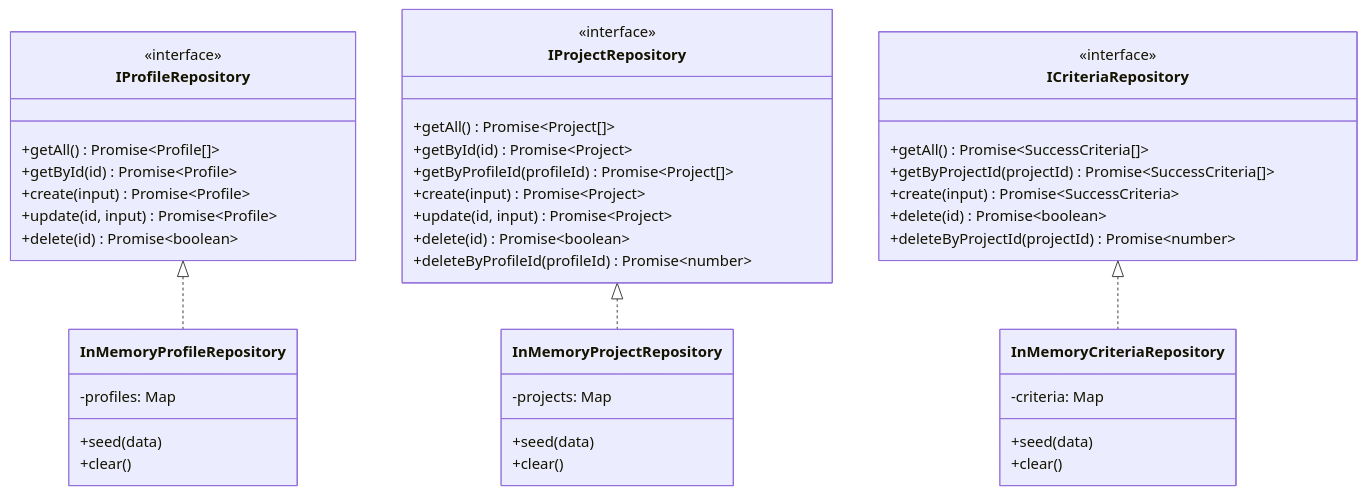
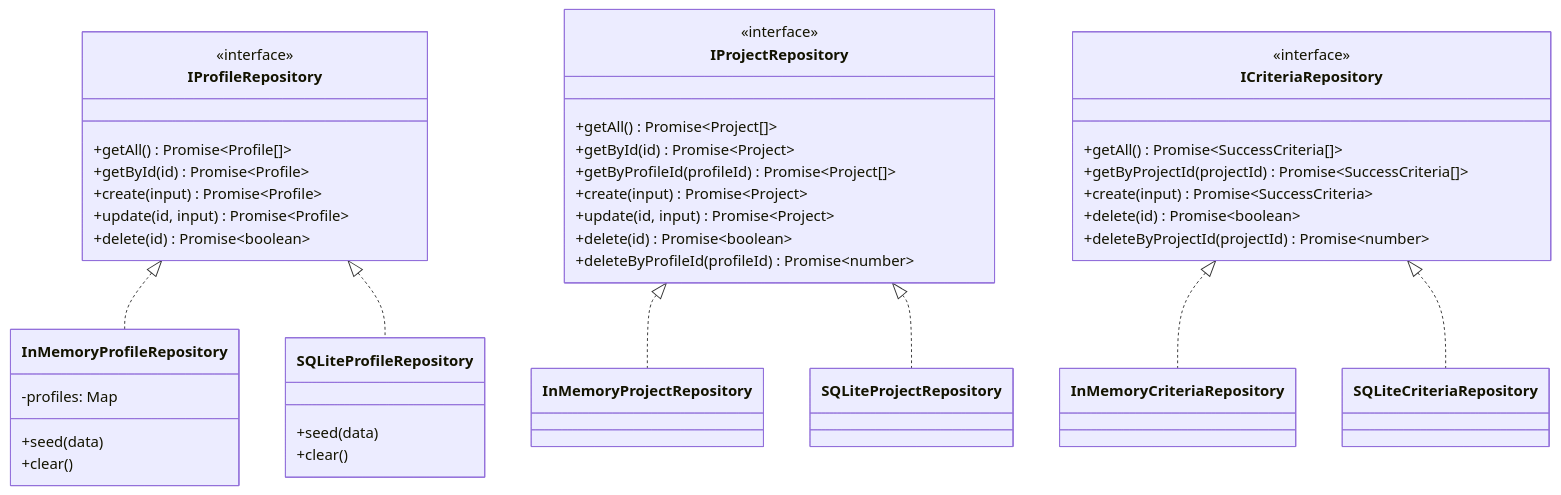
Before and after one commit to spacetexan/impact-flow: the fourth of 4 diagrams in CLAUDE.md, drawn with Mermaid. The commit also changed other lines of this file and 1 other file, not shown here.

First line of the commit message:
Update documentation with SQLite setup instructions

````diff
--- a/CLAUDE.md
+++ b/CLAUDE.md
@@ -239,53 +270,49 @@
 ```mermaid
 classDiagram
     class IProfileRepository {
         <<interface>>
         +getAll() Promise~Profile[]~
         +getById(id) Promise~Profile~
         +create(input) Promise~Profile~
         +update(id, input) Promise~Profile~
         +delete(id) Promise~boolean~
     }
 
     class IProjectRepository {
         <<interface>>
         +getAll() Promise~Project[]~
         +getById(id) Promise~Project~
         +getByProfileId(profileId) Promise~Project[]~
         +create(input) Promise~Project~
         +update(id, input) Promise~Project~
         +delete(id) Promise~boolean~
         +deleteByProfileId(profileId) Promise~number~
     }
 
     class ICriteriaRepository {
         <<interface>>
         +getAll() Promise~SuccessCriteria[]~
         +getByProjectId(projectId) Promise~SuccessCriteria[]~
         +create(input) Promise~SuccessCriteria~
         +delete(id) Promise~boolean~
         +deleteByProjectId(projectId) Promise~number~
     }
 
     class InMemoryProfileRepository {
         -profiles: Map
         +seed(data)
         +clear()
     }
 
-    class InMemoryProjectRepository {
-        -projects: Map
-        +seed(data)
-        +clear()
-    }
-
-    class InMemoryCriteriaRepository {
-        -criteria: Map
+    class SQLiteProfileRepository {
         +seed(data)
         +clear()
     }
 
     IProfileRepository <|.. InMemoryProfileRepository
+    IProfileRepository <|.. SQLiteProfileRepository
     IProjectRepository <|.. InMemoryProjectRepository
+    IProjectRepository <|.. SQLiteProjectRepository
     ICriteriaRepository <|.. InMemoryCriteriaRepository
+    ICriteriaRepository <|.. SQLiteCriteriaRepository
 ```
````
